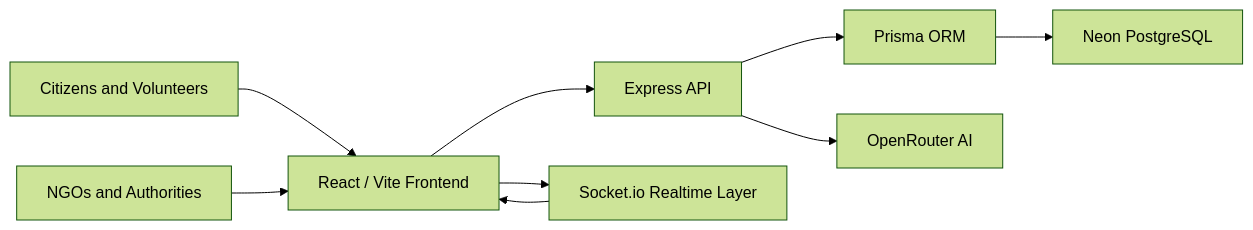
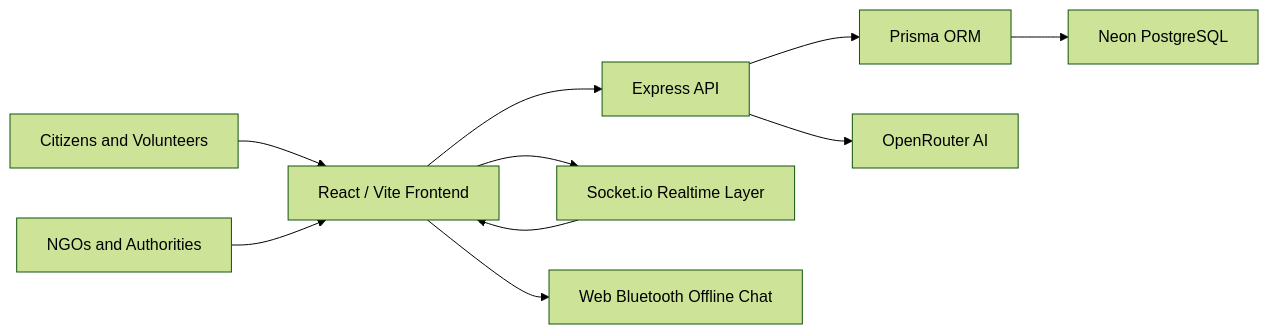
The diagram in docs/ARCHITECTURE.md (PraneethPW/SINGLEFLARE), drawn with Mermaid (forest theme) before and after one commit. The commit also changed other lines of this file and 7 other files, not shown here.

Commit message:
Add offline Bluetooth chat

````diff
--- a/docs/ARCHITECTURE.md
+++ b/docs/ARCHITECTURE.md
@@ -3,11 +3,12 @@
 ```mermaid
 flowchart LR
   Citizen["Citizens and Volunteers"] --> Frontend["React / Vite Frontend"]
   NGO["NGOs and Authorities"] --> Frontend
   Frontend --> API["Express API"]
   Frontend --> Socket["Socket.io Realtime Layer"]
   API --> Prisma["Prisma ORM"]
   Prisma --> Neon["Neon PostgreSQL"]
   API --> OpenRouter["OpenRouter AI"]
   Socket --> Frontend
+  Frontend --> Bluetooth["Web Bluetooth Offline Chat"]
 ```
````
